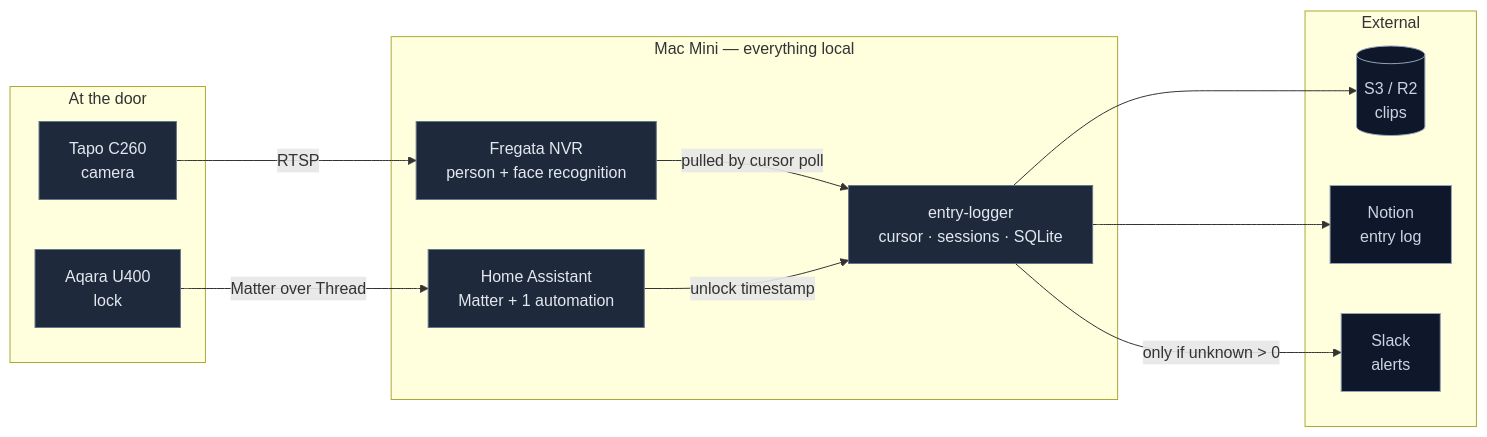
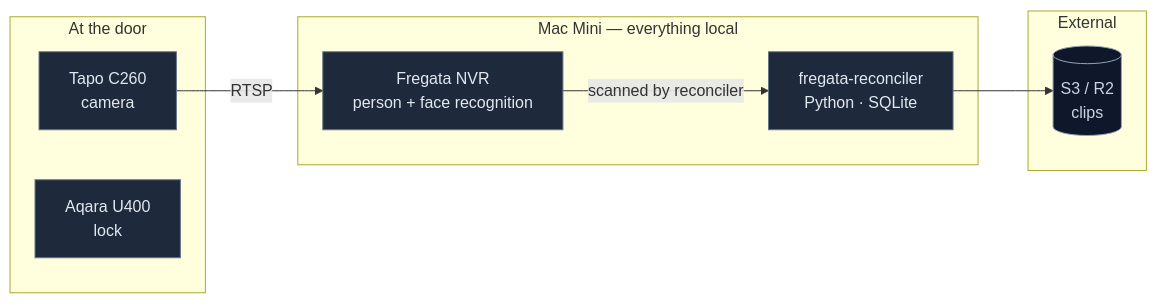
Before and after one commit to Jericho0912/camera-door-automation: the diagram in README.md, drawn with Mermaid. The commit also changed other lines of this file and 19 other files, not shown here.

First line of the commit message:
Refactor to event-driven architecture using Python

````diff
--- a/README.md
+++ b/README.md
@@ -9,32 +9,25 @@
 ```mermaid
 flowchart LR
     subgraph door["At the door"]
         CAM["Tapo C260<br/>camera"]
         LOCK["Aqara U400<br/>lock"]
     end
 
     subgraph mac["Mac Mini — everything local"]
         FREG["Fregata NVR<br/>person + face recognition"]
-        HA["Home Assistant<br/>Matter + 1 automation"]
-        LOG["entry-logger<br/>cursor · sessions · SQLite"]
+        LOG["fregata-reconciler<br/>Python · SQLite"]
     end
 
     subgraph ext["External"]
         S3[("S3 / R2<br/>clips")]
-        NOTION["Notion<br/>entry log"]
-        SLACK["Slack<br/>alerts"]
     end
 
     CAM -->|RTSP| FREG
-    LOCK -->|Matter over Thread| HA
-    FREG -->|"pulled by cursor poll"| LOG
-    HA -->|"unlock timestamp"| LOG
+    FREG -->|"scanned by reconciler"| LOG
     LOG --> S3
-    LOG --> NOTION
-    LOG -->|"only if unknown > 0"| SLACK
 
     classDef localNode fill:#1e293b,stroke:#64748b,color:#e2e8f0
     classDef extNode fill:#0f172a,stroke:#94a3b8,color:#cbd5e1
-    class CAM,LOCK,FREG,HA,LOG localNode
-    class S3,NOTION,SLACK extNode
+    class CAM,LOCK,FREG,LOG localNode
+    class S3 extNode
 ```
````
